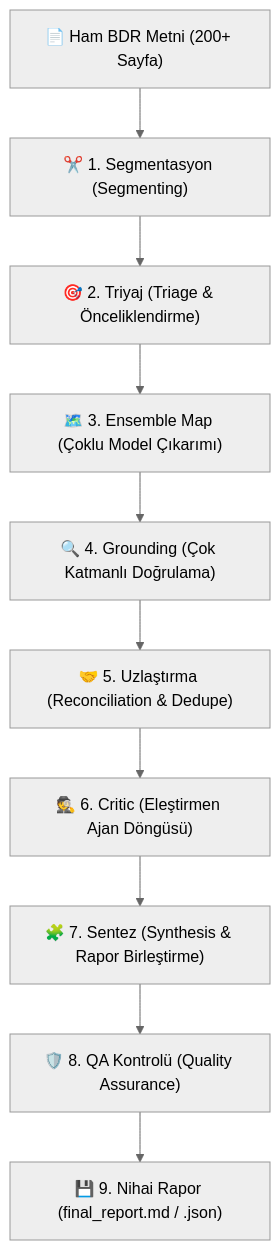
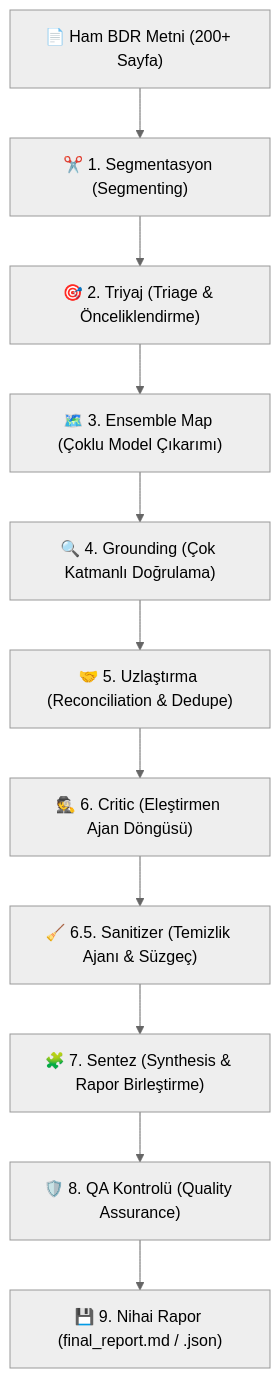
The diagram in docs/ARCHITECTURE.md (engincts/Finside-AI), drawn with Mermaid (neutral theme) before and after one commit. The commit also changed other lines of this file and 13 other files, not shown here.

Commit message:
Sanitizer Agent (Faz 6.5 — Risk Filtreleme ve Temizleme Ajanı)

````diff
--- a/docs/ARCHITECTURE.md
+++ b/docs/ARCHITECTURE.md
@@ -9,12 +9,13 @@
 ```mermaid
 flowchart TD
     A["📄 Ham BDR Metni (200+ Sayfa)"] --> B["✂️ 1. Segmentasyon (Segmenting)"]
     B --> C["🎯 2. Triyaj (Triage & Önceliklendirme)"]
     C --> D["🗺️ 3. Ensemble Map (Çoklu Model Çıkarımı)"]
     D --> E["🔍 4. Grounding (Çok Katmanlı Doğrulama)"]
     E --> F["🤝 5. Uzlaştırma (Reconciliation & Dedupe)"]
     F --> G["🕵️ 6. Critic (Eleştirmen Ajan Döngüsü)"]
-    G --> H["🧩 7. Sentez (Synthesis & Rapor Birleştirme)"]
-    H --> I["🛡️ 8. QA Kontrolü (Quality Assurance)"]
-    I --> J["💾 9. Nihai Rapor (final_report.md / .json)"]
+    G --> H["🧹 6.5. Sanitizer (Temizlik Ajanı & Süzgeç)"]
+    H --> I["🧩 7. Sentez (Synthesis & Rapor Birleştirme)"]
+    I --> J["🛡️ 8. QA Kontrolü (Quality Assurance)"]
+    J --> K["💾 9. Nihai Rapor (final_report.md / .json)"]
 ```
````
